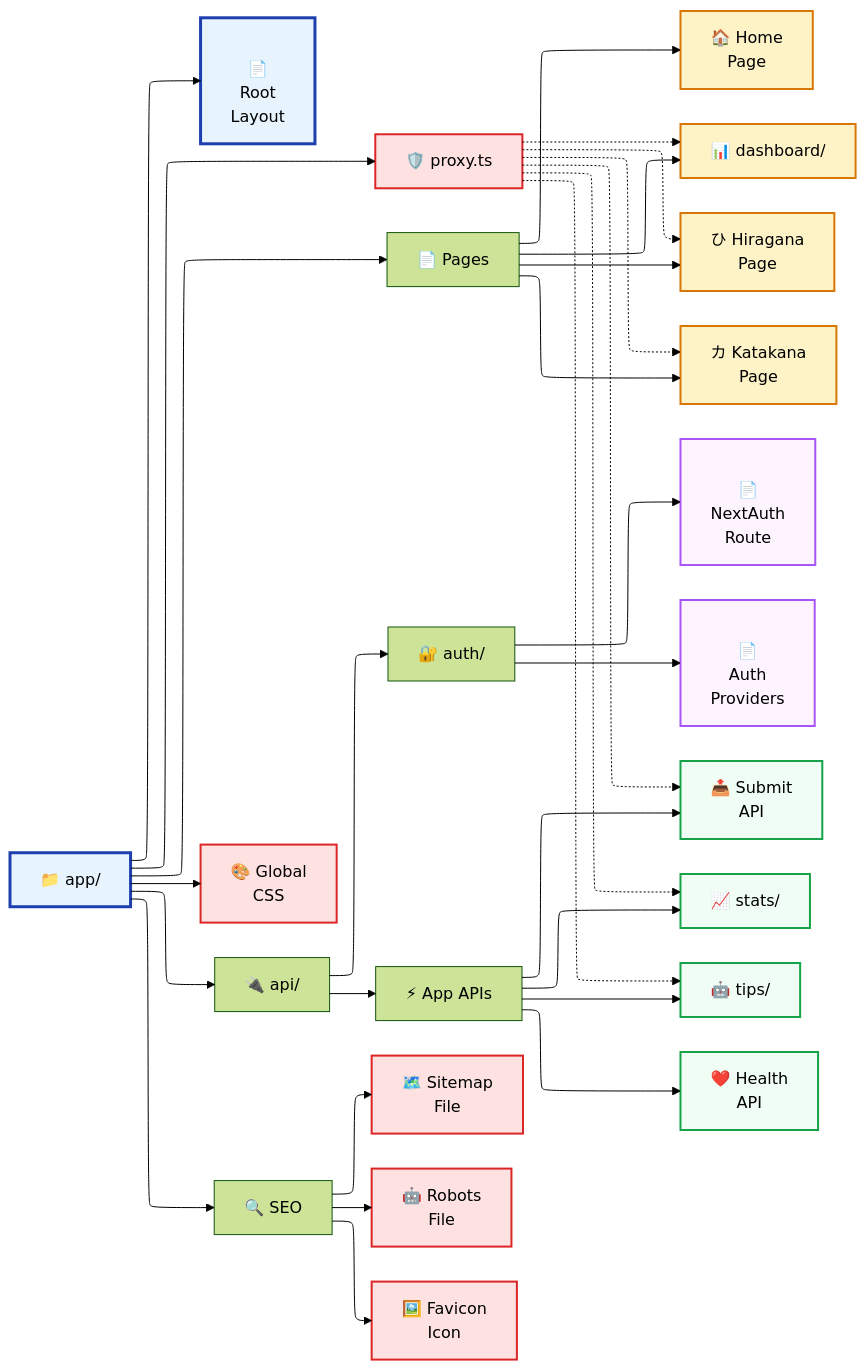
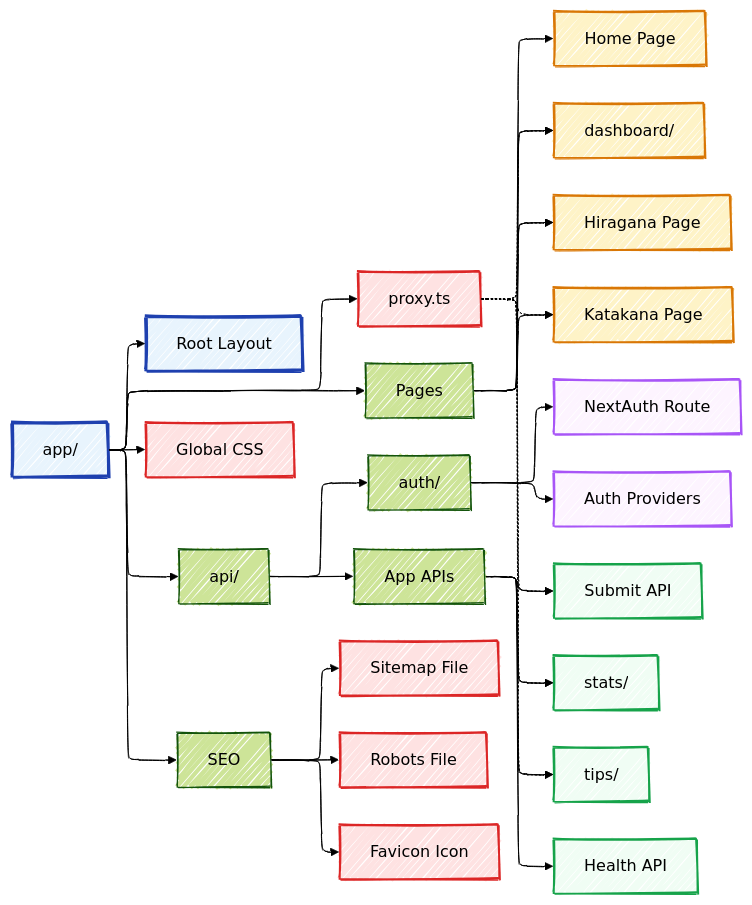
One commit to sakan811/SakuMari changed the diagram in docs/mermaid/app.mmd. Above: the diagram before and after it, drawn with Mermaid. The commit also changed 14 other files, not shown here.

First line of the commit message:
docs: update architecture diagrams and package dependencies

```diff
--- a/docs/mermaid/app.mmd
+++ b/docs/mermaid/app.mmd
@@ -1,69 +1,56 @@
 ---
 config:
   theme: 'forest'
-  defaultRenderer: "elk"
+  look: handDrawn
   layout: elk
+  elk:
+    mergeEdges: true
+    nodePlacementStrategy: LINEAR_SEGMENTS
 ---
 flowchart LR
-    AppRoot["📁 app/"]
+    AppRoot["app/"]
 
-    AppRoot --> RootLayout[<br/>📄<br/>Root<br/>Layout<br/>]
-    AppRoot --> Proxy["🛡️ proxy.ts"]
-    AppRoot --> GlobalCSS["🎨 Global<br/>CSS"]
+    AppRoot --> RootLayout["Root Layout"]
+    AppRoot --> Proxy["proxy.ts"]
+    AppRoot --> GlobalCSS["Global CSS"]
 
-    AppRoot --> Pages["📄 Pages"]
-    Pages --> HomePage["🏠 Home<br/>Page"]
-    Pages --> Dashboard["📊 dashboard/"]
-    Pages --> Hiragana["ひ Hiragana<br/>Page"]
-    Pages --> Katakana["カ Katakana<br/>Page"]
+    AppRoot --> Pages["Pages"]
+    Pages --> HomePage["Home Page"]
+    Pages --> Dashboard["dashboard/"]
+    Pages --> Hiragana["Hiragana Page"]
+    Pages --> Katakana["Katakana Page"]
 
-    AppRoot --> API["🔌 api/"]
-    API --> AuthAPI["🔐 auth/"]
-    AuthAPI --> NextAuth[<br/>📄<br/>NextAuth<br/>Route<br/>]
-    AuthAPI --> Providers[<br/>📄<br/>Auth<br/>Providers<br/>]
+    AppRoot --> API["api/"]
+    API --> AuthAPI["auth/"]
+    AuthAPI --> NextAuth["NextAuth Route"]
+    AuthAPI --> Providers["Auth Providers"]
 
-    API --> AppAPI["⚡ App APIs"]
-    AppAPI --> SubmitAPI["📤 Submit<br/>API"]
-    AppAPI --> StatsAPI["📈 stats/"]
-    AppAPI --> TipsAPI["🤖 tips/"]
-    AppAPI --> HealthAPI["❤️ Health<br/>API"]
+    API --> AppAPI["App APIs"]
+    AppAPI --> SubmitAPI["Submit API"]
+    AppAPI --> StatsAPI["stats/"]
+    AppAPI --> TipsAPI["tips/"]
+    AppAPI --> HealthAPI["Health API"]
 
-    AppRoot --> SEO["🔍 SEO"]
-    SEO --> Sitemap["🗺️ Sitemap<br/>File"]
-    SEO --> Robots["🤖 Robots<br/>File"]
-    SEO --> Favicon["🖼️ Favicon<br/>Icon"]
+    AppRoot --> SEO["SEO"]
+    SEO --> Sitemap["Sitemap File"]
+    SEO --> Robots["Robots File"]
+    SEO --> Favicon["Favicon Icon"]
 
     Proxy -.-> Dashboard
     Proxy -.-> Hiragana
     Proxy -.-> Katakana
     Proxy -.-> SubmitAPI
     Proxy -.-> StatsAPI
     Proxy -.-> TipsAPI
 
     classDef rootStructure fill:#e8f4fd,stroke:#1e40af,stroke-width:3px
     classDef pageRoute fill:#fef3c7,stroke:#d97706,stroke-width:2px
     classDef apiRoute fill:#f0fdf4,stroke:#16a34a,stroke-width:2px
     classDef authRoute fill:#fdf4ff,stroke:#a855f7,stroke-width:2px
     classDef globalFile fill:#fee2e2,stroke:#dc2626,stroke-width:2px
-    classDef wideNode padding:15px,font-size:14px
-
-    %% Individual node styles for problematic text
-    style AppRoot fill:#e8f4fd,stroke:#1e40af,stroke-width:3px,padding:15px
-    style RootLayout fill:#e8f4fd,stroke:#1e40af,stroke-width:3px,padding:15px
-    style GlobalCSS fill:#fee2e2,stroke:#dc2626,stroke-width:2px,padding:12px
-    style HomePage fill:#fef3c7,stroke:#d97706,stroke-width:2px,padding:12px
-    style Hiragana fill:#fef3c7,stroke:#d97706,stroke-width:2px,padding:12px
-    style Katakana fill:#fef3c7,stroke:#d97706,stroke-width:2px,padding:12px
-    style NextAuth fill:#fdf4ff,stroke:#a855f7,stroke-width:2px,padding:12px
-    style Providers fill:#fdf4ff,stroke:#a855f7,stroke-width:2px,padding:12px
-    style SubmitAPI fill:#f0fdf4,stroke:#16a34a,stroke-width:2px,padding:12px
-    style HealthAPI fill:#f0fdf4,stroke:#16a34a,stroke-width:2px,padding:12px
-    style Sitemap fill:#fee2e2,stroke:#dc2626,stroke-width:2px,padding:12px
-    style Robots fill:#fee2e2,stroke:#dc2626,stroke-width:2px,padding:12px
-    style Favicon fill:#fee2e2,stroke:#dc2626,stroke-width:2px,padding:12px
 
     class AppRoot,RootLayout rootStructure
     class HomePage,Dashboard,Hiragana,Katakana pageRoute
     class SubmitAPI,StatsAPI,TipsAPI,HealthAPI apiRoute
     class NextAuth,Providers authRoute
     class Proxy,GlobalCSS,Sitemap,Robots,Favicon globalFile
```
